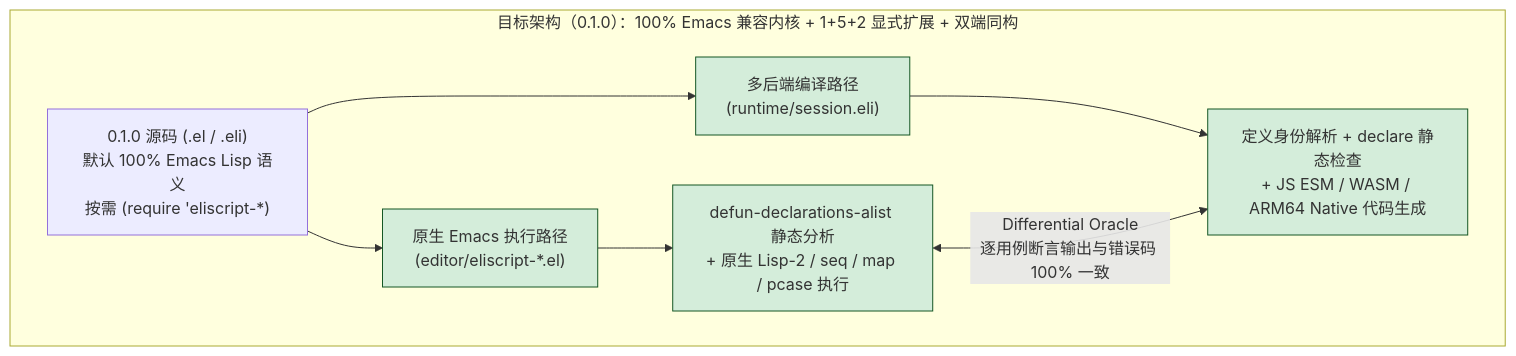
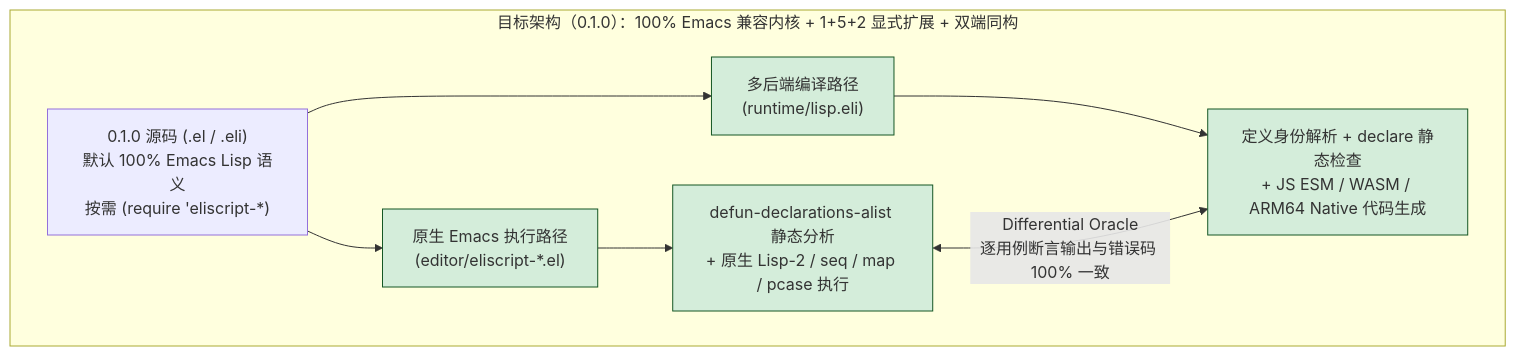
The second of 3 diagrams in docs/bootstrap-0.1.0-plan.md (liuchong/eliscript), drawn with Mermaid before and after one commit. The commit also changed other lines of this file and 355 other files, not shown here.

Commit message:
Unify compiler and runtime into runtime/lisp with full CLI/AOT parity and zero legacy

````diff
--- a/docs/bootstrap-0.1.0-plan.md
+++ b/docs/bootstrap-0.1.0-plan.md
@@ -78,12 +78,12 @@
 ```mermaid
 flowchart TB
   subgraph Target_0_1_0["目标架构（0.1.0）：100% Emacs 兼容内核 + 1+5+2 显式扩展 + 双端同构"]
     S1["0.1.0 源码 (.el / .eli)\n默认 100% Emacs Lisp 语义\n按需 (require 'eliscript-*)"] --> E_Path["原生 Emacs 执行路径\n(editor/eliscript-*.el)"]
-    S1 --> C_Path["多后端编译路径\n(runtime/session.eli)"]
+    S1 --> C_Path["多后端编译路径\n(runtime/lisp.eli)"]
     E_Path --> V1["defun-declarations-alist 静态分析\n+ 原生 Lisp-2 / seq / map / pcase 执行"]
     C_Path --> V2["定义身份解析 + declare 静态检查\n+ JS ESM / WASM / ARM64 Native 代码生成"]
     V1 <-->|"Differential Oracle\n逐用例断言输出与错误码 100% 一致"| V2
   end
   classDef added fill:#d4edda,stroke:#155724
   class E_Path,C_Path,V1,V2 added
 ```
````
